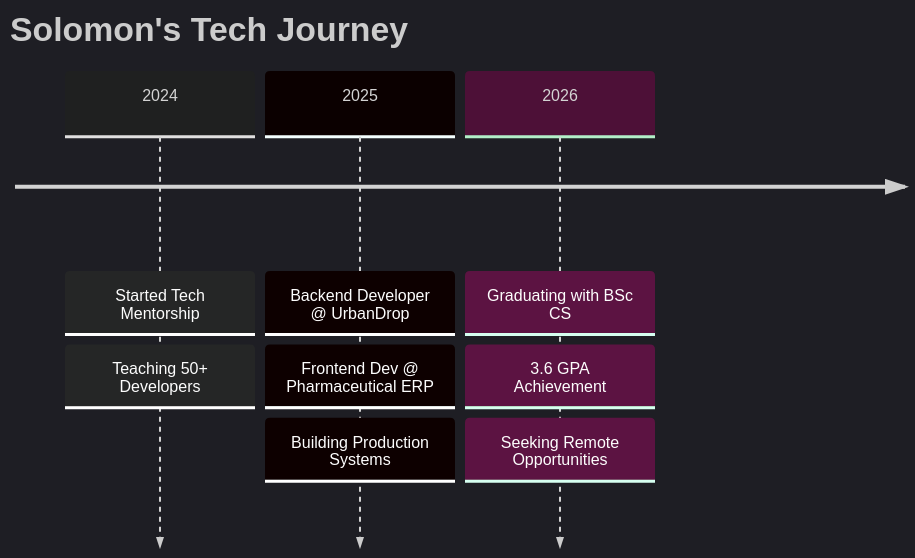
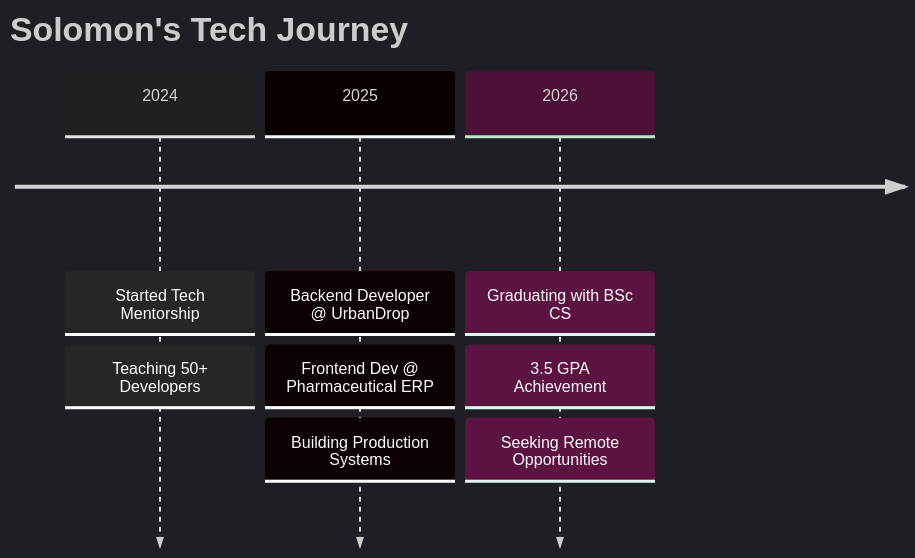
The diagram in README.md (leyroy/leyroy), drawn with Mermaid before and after one commit. The commit also changed other lines of this file, not shown here.

Commit message:
Change GPA from 3.6 to 3.5
Updated GPA from 3.6 to 3.5 in the README.

````diff
--- a/README.md
+++ b/README.md
@@ -281,13 +281,13 @@
 ```mermaid
 %%{init: {'theme':'dark'}}%%
 timeline
     title Solomon's Tech Journey
     2024 : Started Tech Mentorship
          : Teaching 50+ Developers
     2025 : Backend Developer @ UrbanDrop
          : Frontend Dev @ Pharmaceutical ERP
          : Building Production Systems
     2026 : Graduating with BSc CS
-         : 3.6 GPA Achievement
+         : 3.5 GPA Achievement
          : Seeking Remote Opportunities
 ```
````
